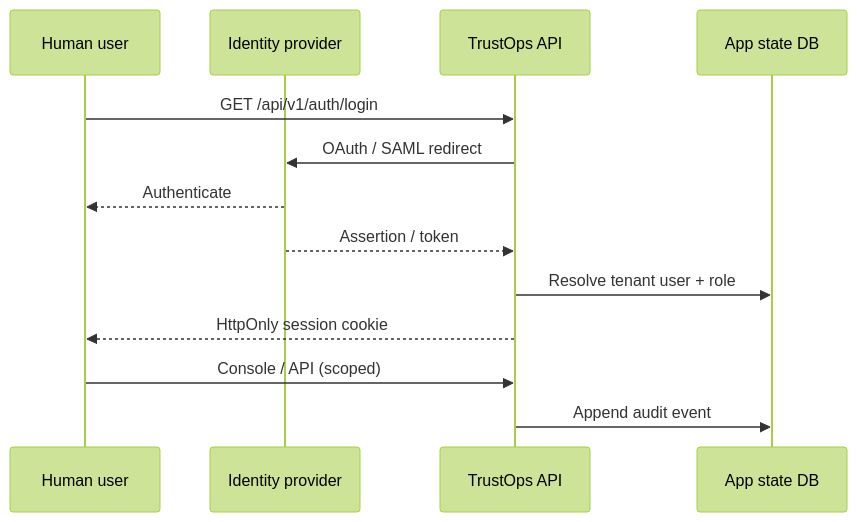
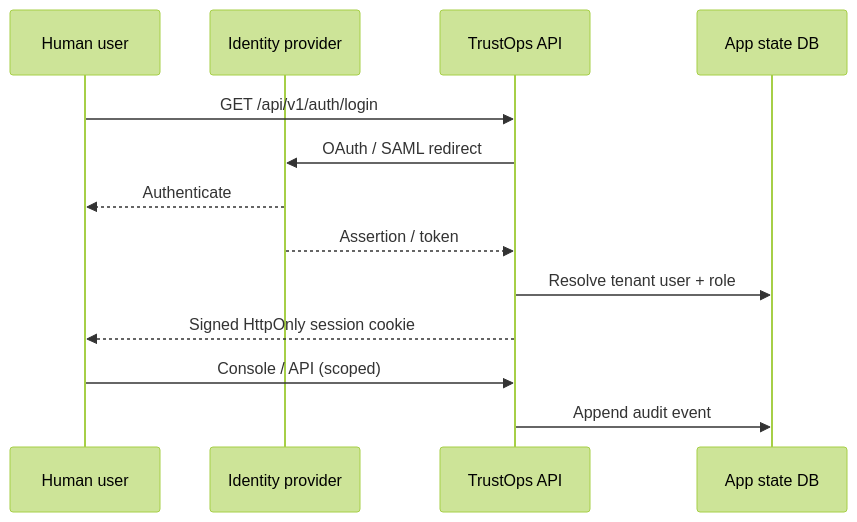
One commit to msaad00/trustops-security-data-lake changed the second of 2 diagrams in docs/diagrams/auth-identity.md. Above: the diagram before and after it, drawn with Mermaid (forest theme). The commit also changed other lines of this file and 18 other files, not shown here.

First line of the commit message:
docs: refresh README, diagrams, and console screenshots (#349)

````diff
--- a/docs/diagrams/auth-identity.md
+++ b/docs/diagrams/auth-identity.md
@@ -50,16 +60,16 @@
 ```mermaid
 sequenceDiagram
   participant User as Human user
   participant IdP as Identity provider
   participant TO as TrustOps API
   participant DB as App state DB
 
   User->>TO: GET /api/v1/auth/login
   TO->>IdP: OAuth / SAML redirect
   IdP-->>User: Authenticate
   IdP-->>TO: Assertion / token
   TO->>DB: Resolve tenant user + role
-  TO-->>User: HttpOnly session cookie
+  TO-->>User: Signed HttpOnly session cookie
   User->>TO: Console / API (scoped)
   TO->>DB: Append audit event
 ```
````
